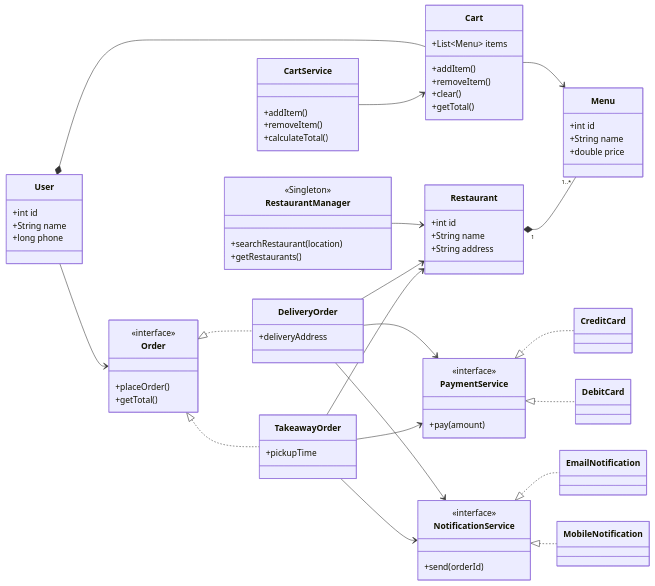
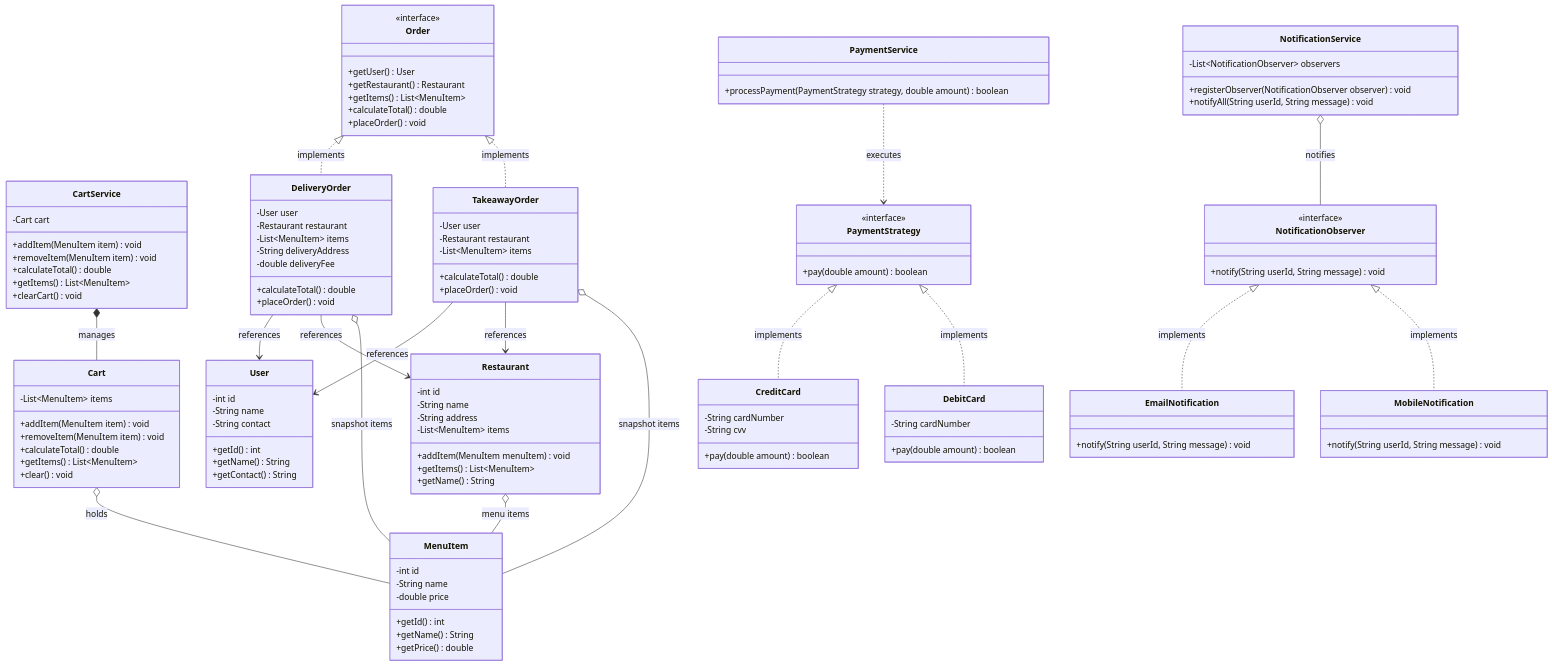
The second of 3 diagrams in src/food_delivery_app/LLD_Flow.md (ankitkumar0112/system-design), drawn with Mermaid before and after one commit. The commit also changed other lines of this file and 1 other file, not shown here.

Commit message:
Update LLM md file

````diff
--- a/src/food_delivery_app/LLD_Flow.md
+++ b/src/food_delivery_app/LLD_Flow.md
@@ -9,100 +26,138 @@
 ```mermaid
 classDiagram
-direction LR
+    direction TB
 
-class User{
-    +int id
-    +String name
-    +long phone
-}
+    class User {
+        -int id
+        -String name
+        -String contact
+        +getId() int
+        +getName() String
+        +getContact() String
+    }
 
-class Cart{
-    +List~Menu~ items
-    +addItem()
-    +removeItem()
-    +clear()
-    +getTotal()
-}
+    class MenuItem {
+        -int id
+        -String name
+        -double price
+        +getId() int
+        +getName() String
+        +getPrice() double
+    }
 
-class Restaurant{
-    +int id
-    +String name
-    +String address
-}
+    class Restaurant {
+        -int id
+        -String name
+        -String address
+        -List~MenuItem~ items
+        +addItem(MenuItem menuItem) void
+        +getItems() List~MenuItem~
+        +getName() String
+    }
 
-class Menu{
-    +int id
-    +String name
-    +double price
-}
+    class Cart {
+        -List~MenuItem~ items
+        +addItem(MenuItem item) void
+        +removeItem(MenuItem item) void
+        +calculateTotal() double
+        +getItems() List~MenuItem~
+        +clear() void
+    }
 
-class CartService{
-    +addItem()
-    +removeItem()
-    +calculateTotal()
-}
+    class CartService {
+        -Cart cart
+        +addItem(MenuItem item) void
+        +removeItem(MenuItem item) void
+        +calculateTotal() double
+        +getItems() List~MenuItem~
+        +clearCart() void
+    }
 
-class RestaurantManager{
-    <<Singleton>>
-    +searchRestaurant(location)
-    +getRestaurants()
-}
+    class Order {
+        <<interface>>
+        +getUser() User
+        +getRestaurant() Restaurant
+        +getItems() List~MenuItem~
+        +calculateTotal() double
+        +placeOrder() void
+    }
 
-class Order{
-    <<interface>>
-    +placeOrder()
-    +getTotal()
-}
+    class DeliveryOrder {
+        -User user
+        -Restaurant restaurant
+        -List~MenuItem~ items
+        -String deliveryAddress
+        -double deliveryFee
+        +calculateTotal() double
+        +placeOrder() void
+    }
 
-class DeliveryOrder{
-    +deliveryAddress
-}
+    class TakeawayOrder {
+        -User user
+        -Restaurant restaurant
+        -List~MenuItem~ items
+        +calculateTotal() double
+        +placeOrder() void
+    }
 
-class TakeawayOrder{
-    +pickupTime
-}
+    class PaymentStrategy {
+        <<interface>>
+        +pay(double amount) boolean
+    }
 
-class PaymentService{
-    <<interface>>
-    +pay(amount)
-}
+    class CreditCard {
+        -String cardNumber
+        -String cvv
+        +pay(double amount) boolean
+    }
 
-class CreditCard
-class DebitCard
+    class DebitCard {
+        -String cardNumber
+        +pay(double amount) boolean
+    }
 
-class NotificationService{
-    <<interface>>
-    +send(orderId)
-}
+    class PaymentService {
+        +processPayment(PaymentStrategy strategy, double amount) boolean
+    }
 
-class EmailNotification
-class MobileNotification
+    class NotificationObserver {
+        <<interface>>
+        +notify(String userId, String message) void
+    }
 
-User *-- Cart
-Cart --> Menu
+    class EmailNotification {
+        +notify(String userId, String message) void
+    }
 
-Restaurant "1" *-- "1..*" Menu
+    class MobileNotification {
+        +notify(String userId, String message) void
+    }
 
-RestaurantManager --> Restaurant
+    class NotificationService {
+        -List~NotificationObserver~ observers
+        +registerObserver(NotificationObserver observer) void
+        +notifyAll(String userId, String message) void
+    }
 
-CartService --> Cart
+    Restaurant o-- MenuItem : menu items
+    Cart o-- MenuItem : holds
+    CartService *-- Cart : manages
 
-Order <|.. DeliveryOrder
-Order <|.. TakeawayOrder
+    Order <|.. DeliveryOrder : implements
+    Order <|.. TakeawayOrder : implements
+    DeliveryOrder --> User : references
+    DeliveryOrder --> Restaurant : references
+    DeliveryOrder o-- MenuItem : snapshot items
 
-PaymentService <|.. CreditCard
-PaymentService <|.. DebitCard
+    TakeawayOrder --> User : references
+    TakeawayOrder --> Restaurant : references
+    TakeawayOrder o-- MenuItem : snapshot items
 
-NotificationService <|.. EmailNotification
-NotificationService <|.. MobileNotification
+    PaymentStrategy <|.. CreditCard : implements
+    PaymentStrategy <|.. DebitCard : implements
+    PaymentService ..> PaymentStrategy : executes
 
-DeliveryOrder --> PaymentService
-DeliveryOrder --> NotificationService
-DeliveryOrder --> Restaurant
-
-TakeawayOrder --> PaymentService
-TakeawayOrder --> NotificationService
-TakeawayOrder --> Restaurant
-
-User --> Order
+    NotificationObserver <|.. EmailNotification : implements
+    NotificationObserver <|.. MobileNotification : implements
+    NotificationService o-- NotificationObserver : notifies
 ```
````
